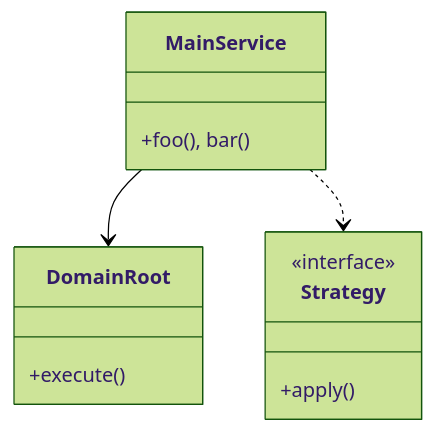
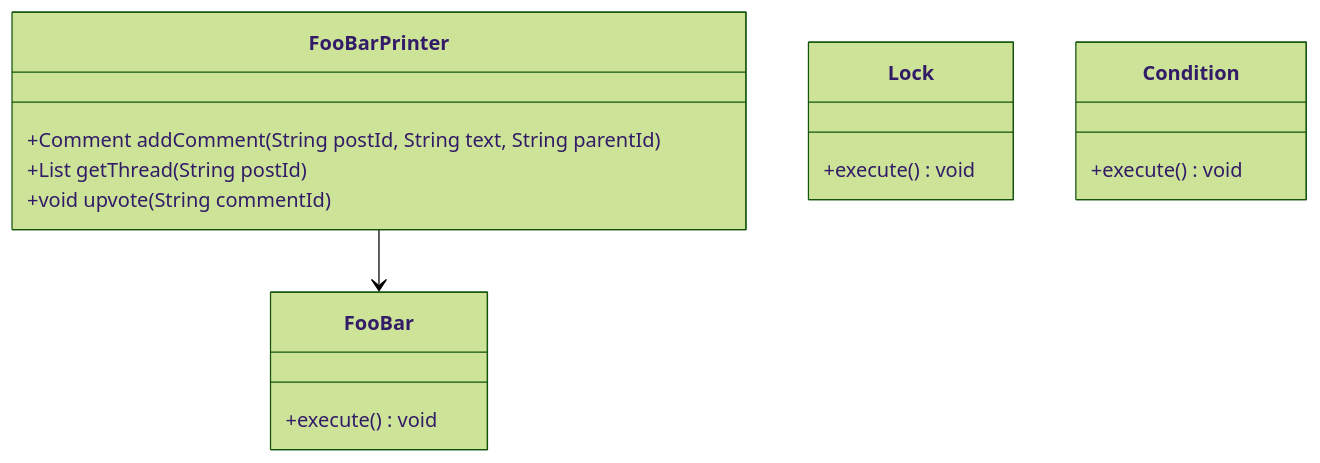
The first of 3 diagrams in Learn/System Design - Low Level Design/04-concurrency-lld/questions/Q09-print-foobar.md (madhupaila/Interview-Prep-SSE), drawn with Mermaid (forest theme) before and after one commit. The commit also changed other lines of this file and 491 other files, not shown here.

````diff
--- a/Learn/System Design - Low Level Design/04-concurrency-lld/questions/Q09-print-foobar.md
+++ b/Learn/System Design - Low Level Design/04-concurrency-lld/questions/Q09-print-foobar.md
@@ -72,15 +91,18 @@
 ```mermaid
 classDiagram
-    class MainService {
-        +foo(), bar()
+    class FooBarPrinter {
+        +Comment addComment(String postId, String text, String parentId)
+        +List<Comment> getThread(String postId)
+        +void upvote(String commentId)
     }
-    class DomainRoot {
-        +execute()
+    class FooBar {
+        +execute() void
     }
-    class Strategy {
-        <<interface>>
-        +apply()
+    class Lock {
+        +execute() void
     }
-    MainService --> DomainRoot
-    MainService ..> Strategy
+    class Condition {
+        +execute() void
+    }
+    FooBarPrinter --> FooBar
 ```
````
